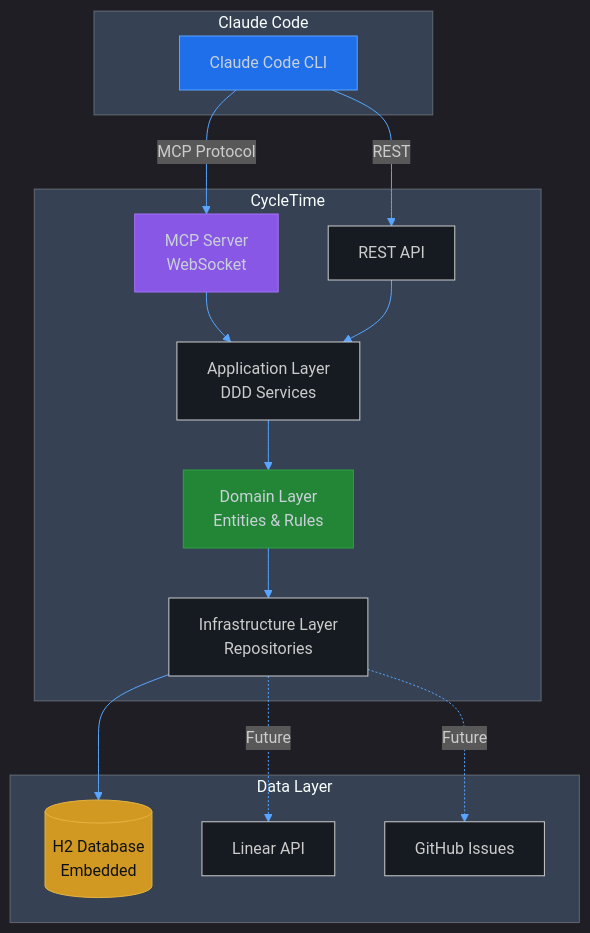
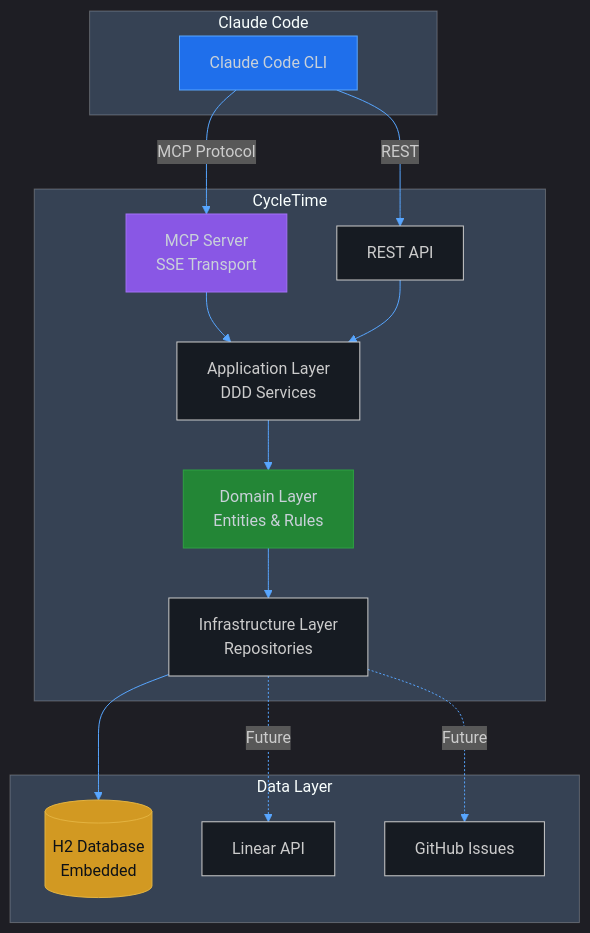
One commit to spiralhouse/cycletime changed the diagram in docs/reference/PRD.md. Above: the diagram before and after it, drawn with Mermaid. The commit also changed 14 other files, not shown here.

First line of the commit message:
docs: update all documentation from WebSocket to SSE transport (SPI-665)

````diff
--- a/docs/reference/PRD.md
+++ b/docs/reference/PRD.md
@@ -382,36 +382,36 @@
 ```mermaid
 %%{init: {'theme':'dark', 'themeVariables': {'darkMode':true, 'background':'#0d1117', 'mainBkg':'#161b22', 'secondBkg':'#21262d', 'lineColor':'#58a6ff', 'primaryColor':'#58a6ff', 'primaryTextColor':'#c9d1d9', 'primaryBorderColor':'#30363d'}}}%%
 graph TB
     subgraph "Claude Code"
         CC[Claude Code CLI]
     end
 
     subgraph "CycleTime"
-        MCP[MCP Server<br/>WebSocket]
+        MCP[MCP Server<br/>SSE Transport]
         API[REST API]
         APP[Application Layer<br/>DDD Services]
         DOMAIN[Domain Layer<br/>Entities & Rules]
         INFRA[Infrastructure Layer<br/>Repositories]
     end
 
     subgraph "Data Layer"
         H2[(H2 Database<br/>Embedded)]
         LINEAR[Linear API]
         GITHUB[GitHub Issues]
     end
 
     CC -->|MCP Protocol| MCP
     CC -->|REST| API
     MCP --> APP
     API --> APP
     APP --> DOMAIN
     DOMAIN --> INFRA
     INFRA --> H2
     INFRA -.->|Future| LINEAR
     INFRA -.->|Future| GITHUB
 
     style CC fill:#1f6feb,stroke:#58a6ff,color:#c9d1d9
     style MCP fill:#8957e5,stroke:#a371f7,color:#c9d1d9
     style DOMAIN fill:#238636,stroke:#2ea043,color:#c9d1d9
     style H2 fill:#d29922,stroke:#e3b341,color:#0d1117
 ```
````
